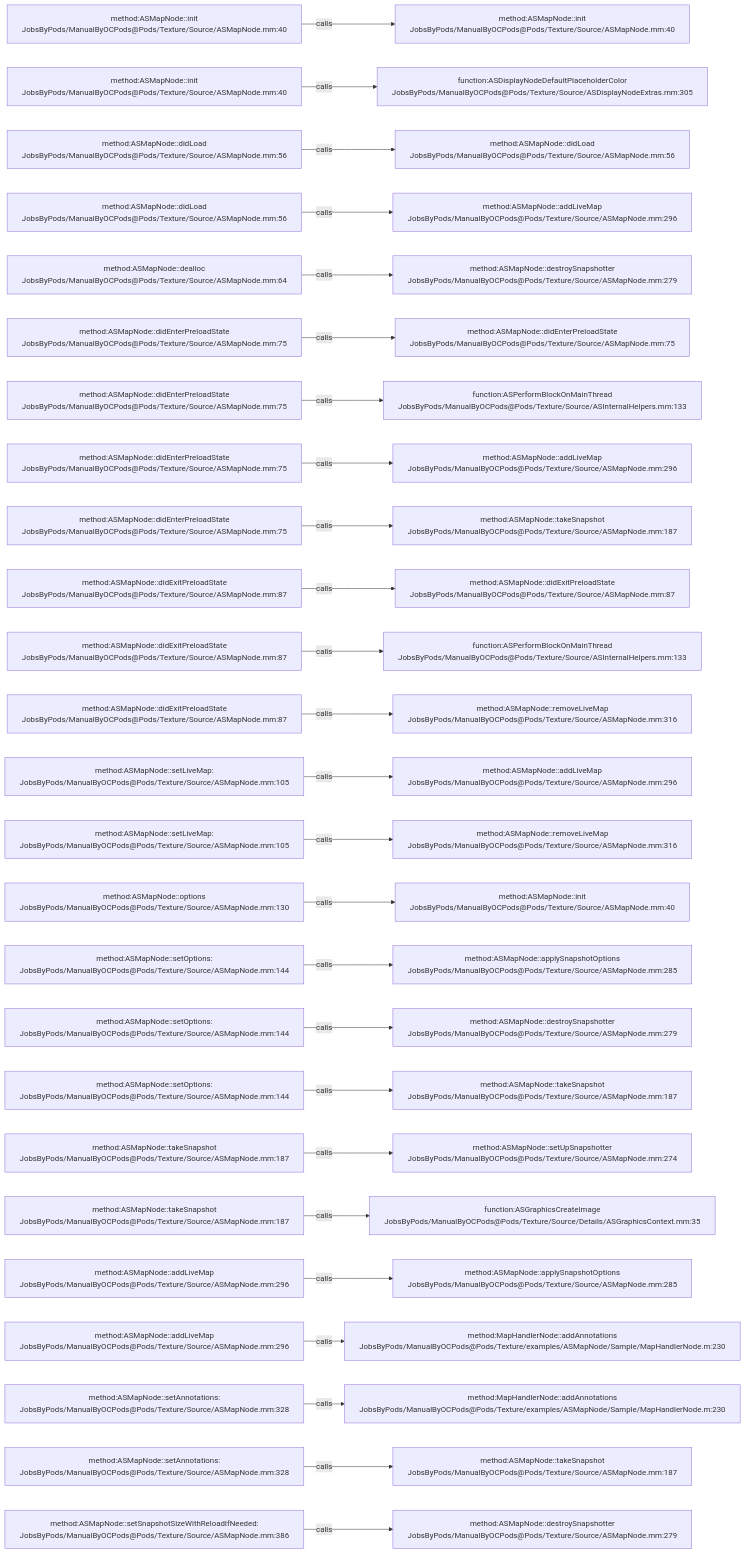
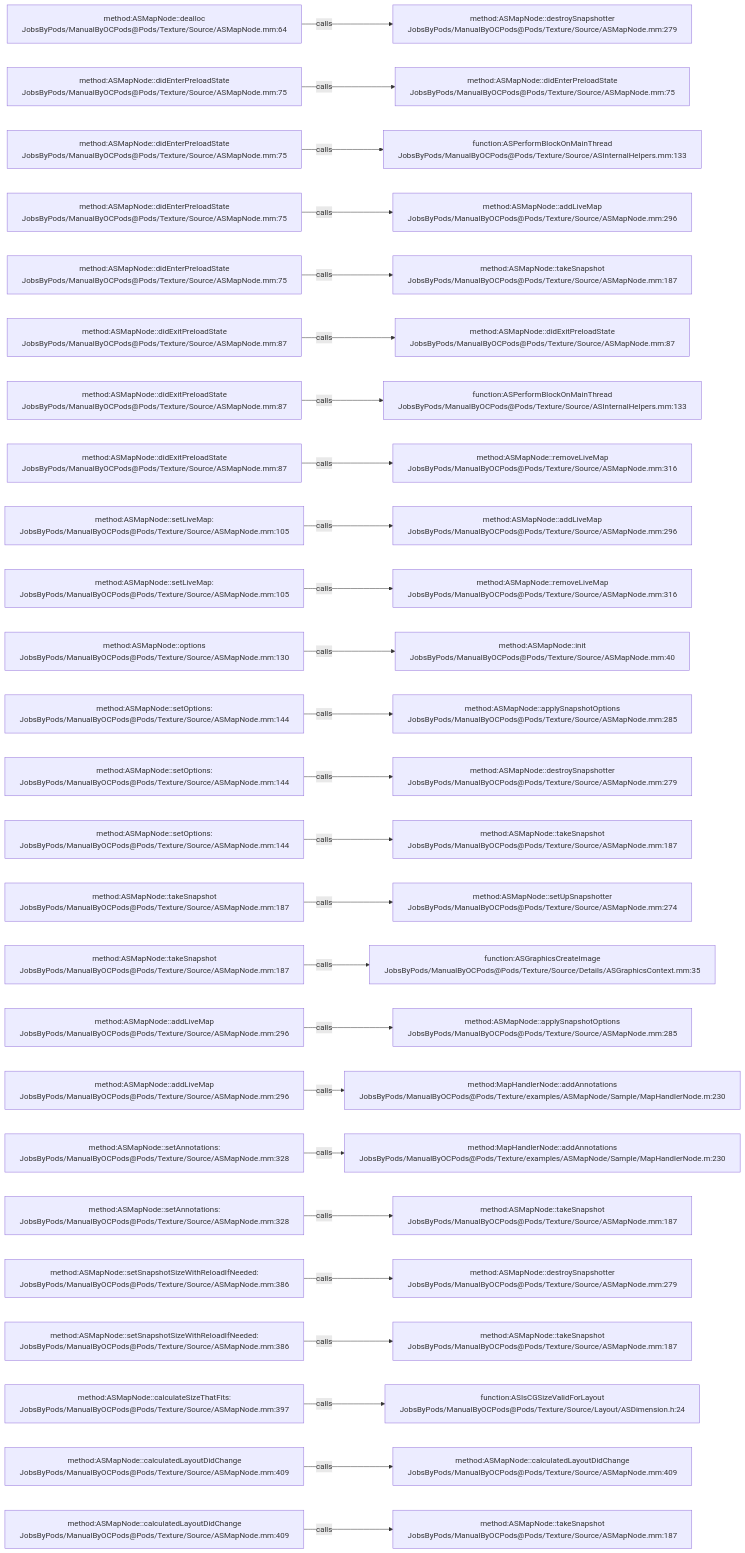
The diagram in .codegraph/codegraph.md/graphs/calls-111.md (JobsKits/JobsOCBaseConfigDemo), drawn with Mermaid before and after one commit. The commit also changed 727 other files, not shown here.

````diff
--- a/.codegraph/codegraph.md/graphs/calls-111.md
+++ b/.codegraph/codegraph.md/graphs/calls-111.md
@@ -13,78 +13,78 @@
 ```mermaid
 flowchart LR
-  S1["method:ASMapNode::init<br/>JobsByPods/ManualByOCPods@Pods/Texture/Source/ASMapNode.mm:40"]
-  T1["method:ASMapNode::init<br/>JobsByPods/ManualByOCPods@Pods/Texture/Source/ASMapNode.mm:40"]
+  S1["method:ASMapNode::dealloc<br/>JobsByPods/ManualByOCPods@Pods/Texture/Source/ASMapNode.mm:64"]
+  T1["method:ASMapNode::destroySnapshotter<br/>JobsByPods/ManualByOCPods@Pods/Texture/Source/ASMapNode.mm:279"]
   S1 -->|calls| T1
-  S2["method:ASMapNode::init<br/>JobsByPods/ManualByOCPods@Pods/Texture/Source/ASMapNode.mm:40"]
-  T2["function:ASDisplayNodeDefaultPlaceholderColor<br/>JobsByPods/ManualByOCPods@Pods/Texture/Source/ASDisplayNodeExtras.mm:305"]
+  S2["method:ASMapNode::didEnterPreloadState<br/>JobsByPods/ManualByOCPods@Pods/Texture/Source/ASMapNode.mm:75"]
+  T2["method:ASMapNode::didEnterPreloadState<br/>JobsByPods/ManualByOCPods@Pods/Texture/Source/ASMapNode.mm:75"]
   S2 -->|calls| T2
-  S3["method:ASMapNode::didLoad<br/>JobsByPods/ManualByOCPods@Pods/Texture/Source/ASMapNode.mm:56"]
-  T3["method:ASMapNode::didLoad<br/>JobsByPods/ManualByOCPods@Pods/Texture/Source/ASMapNode.mm:56"]
+  S3["method:ASMapNode::didEnterPreloadState<br/>JobsByPods/ManualByOCPods@Pods/Texture/Source/ASMapNode.mm:75"]
+  T3["function:ASPerformBlockOnMainThread<br/>JobsByPods/ManualByOCPods@Pods/Texture/Source/ASInternalHelpers.mm:133"]
   S3 -->|calls| T3
-  S4["method:ASMapNode::didLoad<br/>JobsByPods/ManualByOCPods@Pods/Texture/Source/ASMapNode.mm:56"]
+  S4["method:ASMapNode::didEnterPreloadState<br/>JobsByPods/ManualByOCPods@Pods/Texture/Source/ASMapNode.mm:75"]
   T4["method:ASMapNode::addLiveMap<br/>JobsByPods/ManualByOCPods@Pods/Texture/Source/ASMapNode.mm:296"]
   S4 -->|calls| T4
-  S5["method:ASMapNode::dealloc<br/>JobsByPods/ManualByOCPods@Pods/Texture/Source/ASMapNode.mm:64"]
-  T5["method:ASMapNode::destroySnapshotter<br/>JobsByPods/ManualByOCPods@Pods/Texture/Source/ASMapNode.mm:279"]
+  S5["method:ASMapNode::didEnterPreloadState<br/>JobsByPods/ManualByOCPods@Pods/Texture/Source/ASMapNode.mm:75"]
+  T5["method:ASMapNode::takeSnapshot<br/>JobsByPods/ManualByOCPods@Pods/Texture/Source/ASMapNode.mm:187"]
   S5 -->|calls| T5
-  S6["method:ASMapNode::didEnterPreloadState<br/>JobsByPods/ManualByOCPods@Pods/Texture/Source/ASMapNode.mm:75"]
-  T6["method:ASMapNode::didEnterPreloadState<br/>JobsByPods/ManualByOCPods@Pods/Texture/Source/ASMapNode.mm:75"]
+  S6["method:ASMapNode::didExitPreloadState<br/>JobsByPods/ManualByOCPods@Pods/Texture/Source/ASMapNode.mm:87"]
+  T6["method:ASMapNode::didExitPreloadState<br/>JobsByPods/ManualByOCPods@Pods/Texture/Source/ASMapNode.mm:87"]
   S6 -->|calls| T6
-  S7["method:ASMapNode::didEnterPreloadState<br/>JobsByPods/ManualByOCPods@Pods/Texture/Source/ASMapNode.mm:75"]
+  S7["method:ASMapNode::didExitPreloadState<br/>JobsByPods/ManualByOCPods@Pods/Texture/Source/ASMapNode.mm:87"]
   T7["function:ASPerformBlockOnMainThread<br/>JobsByPods/ManualByOCPods@Pods/Texture/Source/ASInternalHelpers.mm:133"]
   S7 -->|calls| T7
-  S8["method:ASMapNode::didEnterPreloadState<br/>JobsByPods/ManualByOCPods@Pods/Texture/Source/ASMapNode.mm:75"]
-  T8["method:ASMapNode::addLiveMap<br/>JobsByPods/ManualByOCPods@Pods/Texture/Source/ASMapNode.mm:296"]
+  S8["method:ASMapNode::didExitPreloadState<br/>JobsByPods/ManualByOCPods@Pods/Texture/Source/ASMapNode.mm:87"]
+  T8["method:ASMapNode::removeLiveMap<br/>JobsByPods/ManualByOCPods@Pods/Texture/Source/ASMapNode.mm:316"]
   S8 -->|calls| T8
-  S9["method:ASMapNode::didEnterPreloadState<br/>JobsByPods/ManualByOCPods@Pods/Texture/Source/ASMapNode.mm:75"]
-  T9["method:ASMapNode::takeSnapshot<br/>JobsByPods/ManualByOCPods@Pods/Texture/Source/ASMapNode.mm:187"]
+  S9["method:ASMapNode::setLiveMap:<br/>JobsByPods/ManualByOCPods@Pods/Texture/Source/ASMapNode.mm:105"]
+  T9["method:ASMapNode::addLiveMap<br/>JobsByPods/ManualByOCPods@Pods/Texture/Source/ASMapNode.mm:296"]
   S9 -->|calls| T9
-  S10["method:ASMapNode::didExitPreloadState<br/>JobsByPods/ManualByOCPods@Pods/Texture/Source/ASMapNode.mm:87"]
-  T10["method:ASMapNode::didExitPreloadState<br/>JobsByPods/ManualByOCPods@Pods/Texture/Source/ASMapNode.mm:87"]
+  S10["method:ASMapNode::setLiveMap:<br/>JobsByPods/ManualByOCPods@Pods/Texture/Source/ASMapNode.mm:105"]
+  T10["method:ASMapNode::removeLiveMap<br/>JobsByPods/ManualByOCPods@Pods/Texture/Source/ASMapNode.mm:316"]
   S10 -->|calls| T10
-  S11["method:ASMapNode::didExitPreloadState<br/>JobsByPods/ManualByOCPods@Pods/Texture/Source/ASMapNode.mm:87"]
-  T11["function:ASPerformBlockOnMainThread<br/>JobsByPods/ManualByOCPods@Pods/Texture/Source/ASInternalHelpers.mm:133"]
+  S11["method:ASMapNode::options<br/>JobsByPods/ManualByOCPods@Pods/Texture/Source/ASMapNode.mm:130"]
+  T11["method:ASMapNode::init<br/>JobsByPods/ManualByOCPods@Pods/Texture/Source/ASMapNode.mm:40"]
   S11 -->|calls| T11
-  S12["method:ASMapNode::didExitPreloadState<br/>JobsByPods/ManualByOCPods@Pods/Texture/Source/ASMapNode.mm:87"]
-  T12["method:ASMapNode::removeLiveMap<br/>JobsByPods/ManualByOCPods@Pods/Texture/Source/ASMapNode.mm:316"]
+  S12["method:ASMapNode::setOptions:<br/>JobsByPods/ManualByOCPods@Pods/Texture/Source/ASMapNode.mm:144"]
+  T12["method:ASMapNode::applySnapshotOptions<br/>JobsByPods/ManualByOCPods@Pods/Texture/Source/ASMapNode.mm:285"]
   S12 -->|calls| T12
-  S13["method:ASMapNode::setLiveMap:<br/>JobsByPods/ManualByOCPods@Pods/Texture/Source/ASMapNode.mm:105"]
-  T13["method:ASMapNode::addLiveMap<br/>JobsByPods/ManualByOCPods@Pods/Texture/Source/ASMapNode.mm:296"]
+  S13["method:ASMapNode::setOptions:<br/>JobsByPods/ManualByOCPods@Pods/Texture/Source/ASMapNode.mm:144"]
+  T13["method:ASMapNode::destroySnapshotter<br/>JobsByPods/ManualByOCPods@Pods/Texture/Source/ASMapNode.mm:279"]
   S13 -->|calls| T13
-  S14["method:ASMapNode::setLiveMap:<br/>JobsByPods/ManualByOCPods@Pods/Texture/Source/ASMapNode.mm:105"]
-  T14["method:ASMapNode::removeLiveMap<br/>JobsByPods/ManualByOCPods@Pods/Texture/Source/ASMapNode.mm:316"]
+  S14["method:ASMapNode::setOptions:<br/>JobsByPods/ManualByOCPods@Pods/Texture/Source/ASMapNode.mm:144"]
+  T14["method:ASMapNode::takeSnapshot<br/>JobsByPods/ManualByOCPods@Pods/Texture/Source/ASMapNode.mm:187"]
   S14 -->|calls| T14
-  S15["method:ASMapNode::options<br/>JobsByPods/ManualByOCPods@Pods/Texture/Source/ASMapNode.mm:130"]
-  T15["method:ASMapNode::init<br/>JobsByPods/ManualByOCPods@Pods/Texture/Source/ASMapNode.mm:40"]
+  S15["method:ASMapNode::takeSnapshot<br/>JobsByPods/ManualByOCPods@Pods/Texture/Source/ASMapNode.mm:187"]
+  T15["method:ASMapNode::setUpSnapshotter<br/>JobsByPods/ManualByOCPods@Pods/Texture/Source/ASMapNode.mm:274"]
   S15 -->|calls| T15
-  S16["method:ASMapNode::setOptions:<br/>JobsByPods/ManualByOCPods@Pods/Texture/Source/ASMapNode.mm:144"]
-  T16["method:ASMapNode::applySnapshotOptions<br/>JobsByPods/ManualByOCPods@Pods/Texture/Source/ASMapNode.mm:285"]
+  S16["method:ASMapNode::takeSnapshot<br/>JobsByPods/ManualByOCPods@Pods/Texture/Source/ASMapNode.mm:187"]
+  T16["function:ASGraphicsCreateImage<br/>JobsByPods/ManualByOCPods@Pods/Texture/Source/Details/ASGraphicsContext.mm:35"]
   S16 -->|calls| T16
-  S17["method:ASMapNode::setOptions:<br/>JobsByPods/ManualByOCPods@Pods/Texture/Source/ASMapNode.mm:144"]
-  T17["method:ASMapNode::destroySnapshotter<br/>JobsByPods/ManualByOCPods@Pods/Texture/Source/ASMapNode.mm:279"]
+  S17["method:ASMapNode::addLiveMap<br/>JobsByPods/ManualByOCPods@Pods/Texture/Source/ASMapNode.mm:296"]
+  T17["method:ASMapNode::applySnapshotOptions<br/>JobsByPods/ManualByOCPods@Pods/Texture/Source/ASMapNode.mm:285"]
   S17 -->|calls| T17
-  S18["method:ASMapNode::setOptions:<br/>JobsByPods/ManualByOCPods@Pods/Texture/Source/ASMapNode.mm:144"]
-  T18["method:ASMapNode::takeSnapshot<br/>JobsByPods/ManualByOCPods@Pods/Texture/Source/ASMapNode.mm:187"]
+  S18["method:ASMapNode::addLiveMap<br/>JobsByPods/ManualByOCPods@Pods/Texture/Source/ASMapNode.mm:296"]
+  T18["method:MapHandlerNode::addAnnotations<br/>JobsByPods/ManualByOCPods@Pods/Texture/examples/ASMapNode/Sample/MapHandlerNode.m:230"]
   S18 -->|calls| T18
-  S19["method:ASMapNode::takeSnapshot<br/>JobsByPods/ManualByOCPods@Pods/Texture/Source/ASMapNode.mm:187"]
-  T19["method:ASMapNode::setUpSnapshotter<br/>JobsByPods/ManualByOCPods@Pods/Texture/Source/ASMapNode.mm:274"]
+  S19["method:ASMapNode::setAnnotations:<br/>JobsByPods/ManualByOCPods@Pods/Texture/Source/ASMapNode.mm:328"]
+  T19["method:MapHandlerNode::addAnnotations<br/>JobsByPods/ManualByOCPods@Pods/Texture/examples/ASMapNode/Sample/MapHandlerNode.m:230"]
   S19 -->|calls| T19
-  S20["method:ASMapNode::takeSnapshot<br/>JobsByPods/ManualByOCPods@Pods/Texture/Source/ASMapNode.mm:187"]
-  T20["function:ASGraphicsCreateImage<br/>JobsByPods/ManualByOCPods@Pods/Texture/Source/Details/ASGraphicsContext.mm:35"]
+  S20["method:ASMapNode::setAnnotations:<br/>JobsByPods/ManualByOCPods@Pods/Texture/Source/ASMapNode.mm:328"]
+  T20["method:ASMapNode::takeSnapshot<br/>JobsByPods/ManualByOCPods@Pods/Texture/Source/ASMapNode.mm:187"]
   S20 -->|calls| T20
-  S21["method:ASMapNode::addLiveMap<br/>JobsByPods/ManualByOCPods@Pods/Texture/Source/ASMapNode.mm:296"]
-  T21["method:ASMapNode::applySnapshotOptions<br/>JobsByPods/ManualByOCPods@Pods/Texture/Source/ASMapNode.mm:285"]
+  S21["method:ASMapNode::setSnapshotSizeWithReloadIfNeeded:<br/>JobsByPods/ManualByOCPods@Pods/Texture/Source/ASMapNode.mm:386"]
+  T21["method:ASMapNode::destroySnapshotter<br/>JobsByPods/ManualByOCPods@Pods/Texture/Source/ASMapNode.mm:279"]
   S21 -->|calls| T21
-  S22["method:ASMapNode::addLiveMap<br/>JobsByPods/ManualByOCPods@Pods/Texture/Source/ASMapNode.mm:296"]
-  T22["method:MapHandlerNode::addAnnotations<br/>JobsByPods/ManualByOCPods@Pods/Texture/examples/ASMapNode/Sample/MapHandlerNode.m:230"]
+  S22["method:ASMapNode::setSnapshotSizeWithReloadIfNeeded:<br/>JobsByPods/ManualByOCPods@Pods/Texture/Source/ASMapNode.mm:386"]
+  T22["method:ASMapNode::takeSnapshot<br/>JobsByPods/ManualByOCPods@Pods/Texture/Source/ASMapNode.mm:187"]
   S22 -->|calls| T22
-  S23["method:ASMapNode::setAnnotations:<br/>JobsByPods/ManualByOCPods@Pods/Texture/Source/ASMapNode.mm:328"]
-  T23["method:MapHandlerNode::addAnnotations<br/>JobsByPods/ManualByOCPods@Pods/Texture/examples/ASMapNode/Sample/MapHandlerNode.m:230"]
+  S23["method:ASMapNode::calculateSizeThatFits:<br/>JobsByPods/ManualByOCPods@Pods/Texture/Source/ASMapNode.mm:397"]
+  T23["function:ASIsCGSizeValidForLayout<br/>JobsByPods/ManualByOCPods@Pods/Texture/Source/Layout/ASDimension.h:24"]
   S23 -->|calls| T23
-  S24["method:ASMapNode::setAnnotations:<br/>JobsByPods/ManualByOCPods@Pods/Texture/Source/ASMapNode.mm:328"]
-  T24["method:ASMapNode::takeSnapshot<br/>JobsByPods/ManualByOCPods@Pods/Texture/Source/ASMapNode.mm:187"]
+  S24["method:ASMapNode::calculatedLayoutDidChange<br/>JobsByPods/ManualByOCPods@Pods/Texture/Source/ASMapNode.mm:409"]
+  T24["method:ASMapNode::calculatedLayoutDidChange<br/>JobsByPods/ManualByOCPods@Pods/Texture/Source/ASMapNode.mm:409"]
   S24 -->|calls| T24
-  S25["method:ASMapNode::setSnapshotSizeWithReloadIfNeeded:<br/>JobsByPods/ManualByOCPods@Pods/Texture/Source/ASMapNode.mm:386"]
-  T25["method:ASMapNode::destroySnapshotter<br/>JobsByPods/ManualByOCPods@Pods/Texture/Source/ASMapNode.mm:279"]
+  S25["method:ASMapNode::calculatedLayoutDidChange<br/>JobsByPods/ManualByOCPods@Pods/Texture/Source/ASMapNode.mm:409"]
+  T25["method:ASMapNode::takeSnapshot<br/>JobsByPods/ManualByOCPods@Pods/Texture/Source/ASMapNode.mm:187"]
   S25 -->|calls| T25
 ```
````
